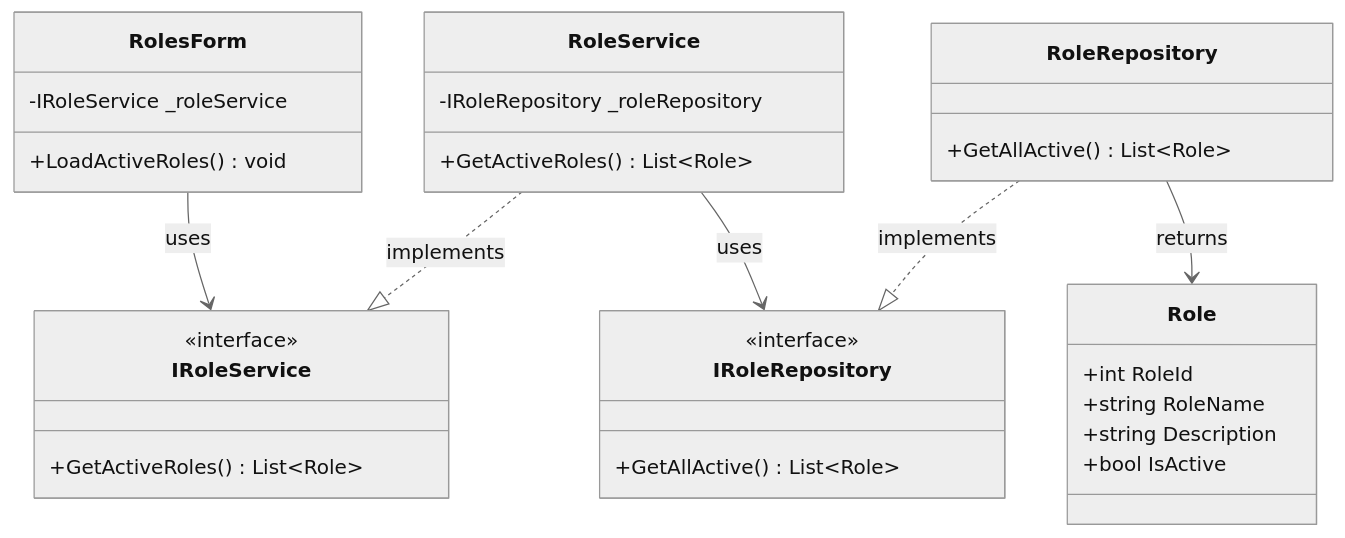
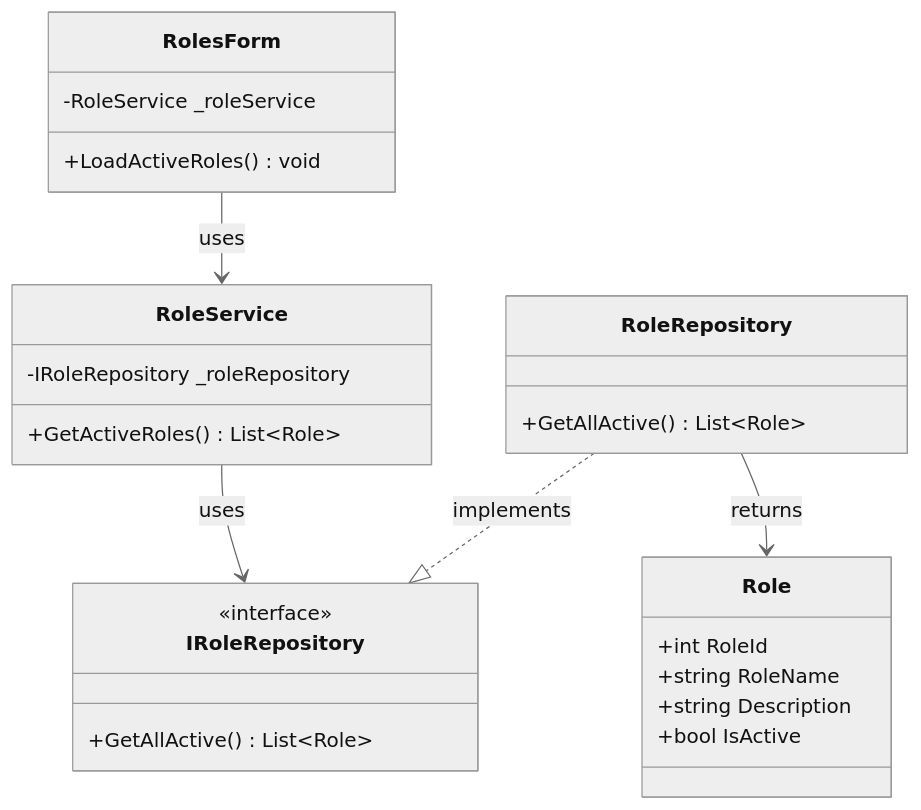
Before and after one commit to nahuk86/tp_diploma_nk_2026: the seventh of 18 diagrams in Documentation/UML_Diagrams/20_Roles_UseCases.md, drawn with Mermaid (neutral theme). The commit also changed other lines of this file and 1 other file, not shown here.

First line of the commit message:
docs: remove non-existent IUserService and IRoleService interface references

````diff
--- a/Documentation/UML_Diagrams/20_Roles_UseCases.md
+++ b/Documentation/UML_Diagrams/20_Roles_UseCases.md
@@ -291,39 +263,33 @@
 ```mermaid
 classDiagram
     class RolesForm {
-        -IRoleService _roleService
+        -RoleService _roleService
         +LoadActiveRoles() void
-    }
-
-    class IRoleService {
-        <<interface>>
-        +GetActiveRoles() List~Role~
     }
 
     class RoleService {
         -IRoleRepository _roleRepository
         +GetActiveRoles() List~Role~
     }
 
     class IRoleRepository {
         <<interface>>
         +GetAllActive() List~Role~
     }
 
     class RoleRepository {
         +GetAllActive() List~Role~
     }
 
     class Role {
         +int RoleId
         +string RoleName
         +string Description
         +bool IsActive
     }
 
-    RolesForm --> IRoleService : uses
-    RoleService ..|> IRoleService : implements
+    RolesForm --> RoleService : uses
     RoleService --> IRoleRepository : uses
     RoleRepository ..|> IRoleRepository : implements
     RoleRepository --> Role : returns
 ```
````
